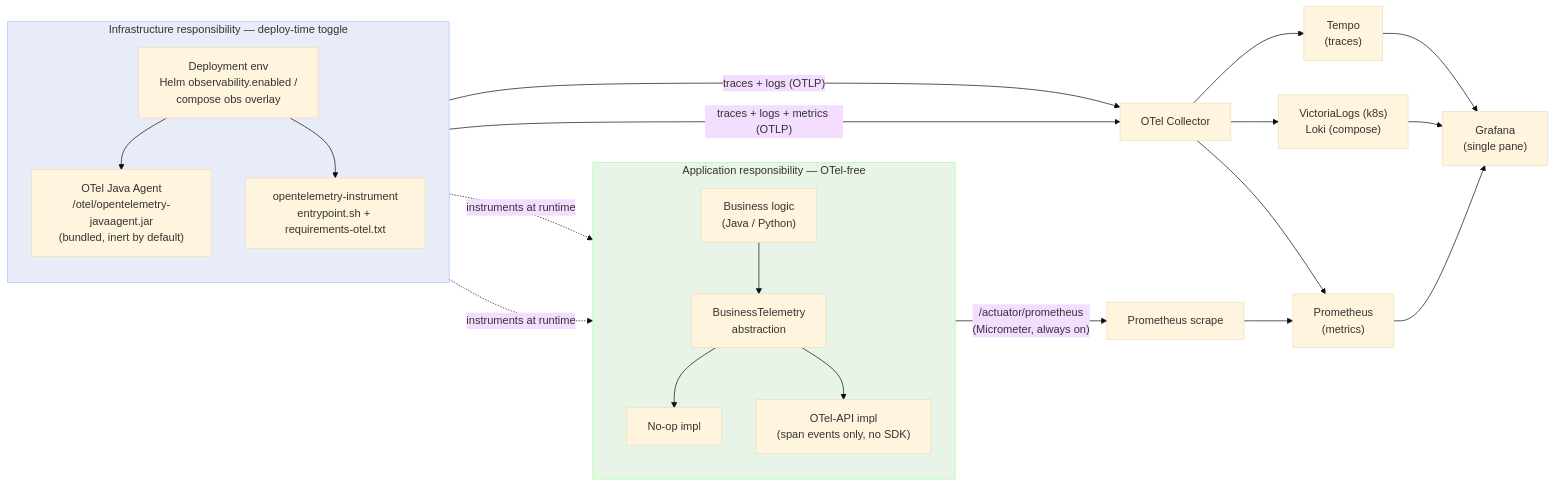
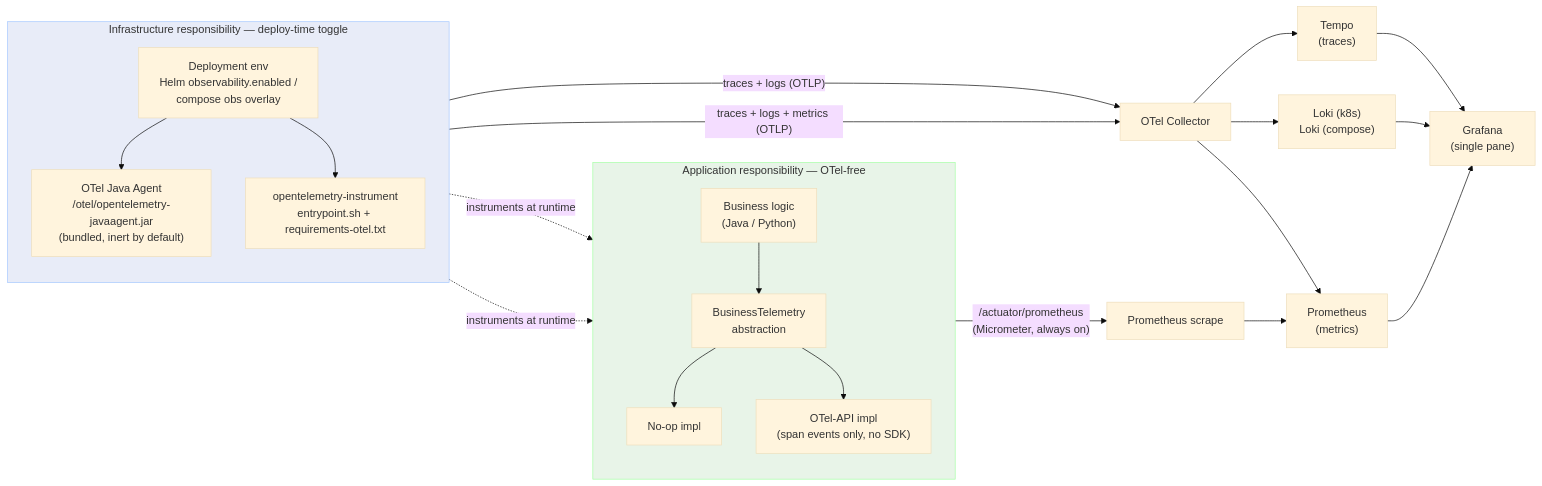
Before and after one commit to Labs64/labs64.io-helm-charts: the first of 2 diagrams in OBSERVABILITY.md, drawn with Mermaid (base theme). The commit also changed other lines of this file and 8 other files, not shown here.

Commit message:
USe Loki instead of VictoriaLogs

````diff
--- a/OBSERVABILITY.md
+++ b/OBSERVABILITY.md
@@ -41,29 +41,29 @@
 ```mermaid
 flowchart LR
     subgraph appcode["Application responsibility — OTel-free"]
         direction TB
         BIZ["Business logic<br/>(Java / Python)"] --> BT["BusinessTelemetry<br/>abstraction"]
         BT --> NOOP["No-op impl"]
         BT --> OIMPL["OTel-API impl<br/>(span events only, no SDK)"]
     end
     subgraph infra["Infrastructure responsibility — deploy-time toggle"]
         direction TB
         AGENT["OTel Java Agent<br/>/otel/opentelemetry-javaagent.jar<br/>(bundled, inert by default)"]
         PYI["opentelemetry-instrument<br/>entrypoint.sh + requirements-otel.txt"]
         ENV["Deployment env<br/>Helm observability.enabled /<br/>compose obs overlay"]
     end
     ENV --> AGENT & PYI
     AGENT -. "instruments at runtime" .-> appcode
     PYI -. "instruments at runtime" .-> appcode
     AGENT -- "traces + logs (OTLP)" --> COL["OTel Collector"]
     PYI -- "traces + logs + metrics (OTLP)" --> COL
     appcode -- "/actuator/prometheus<br/>(Micrometer, always on)" --> SCRAPE["Prometheus scrape"]
     COL --> TEMPO["Tempo<br/>(traces)"]
-    COL --> LOGS["VictoriaLogs (k8s)<br/>Loki (compose)"]
+    COL --> LOGS["Loki (k8s)<br/>Loki (compose)"]
     COL --> PROM["Prometheus<br/>(metrics)"]
     SCRAPE --> PROM
     PROM & TEMPO & LOGS --> GRAF["Grafana<br/>(single pane)"]
 
     style appcode fill:#e8f4e8,stroke:#a6ffa6,color:#333
     style infra fill:#e8ecf8,stroke:#a6c8ff,color:#333
 ```
````
